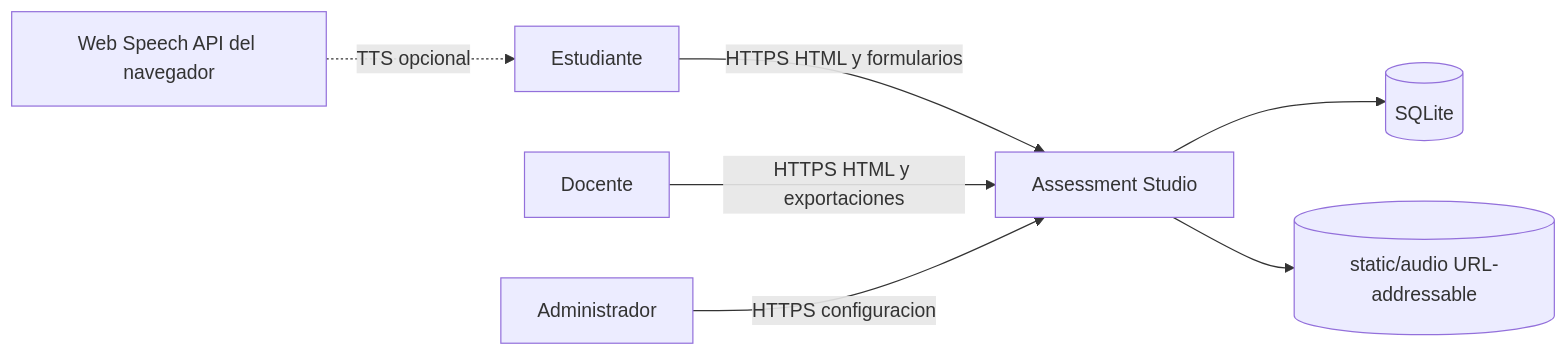
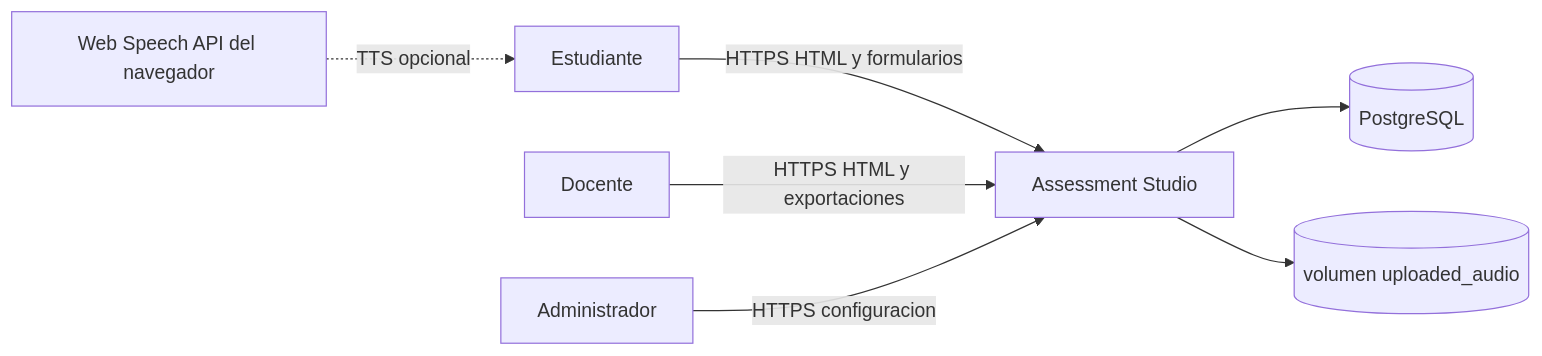
One commit to avismael/AssesStudio changed the first of 4 diagrams in docs/05-architecture.md. Above: the diagram before and after it, drawn with Mermaid. The commit also changed other lines of this file and 56 other files, not shown here.

````diff
--- a/docs/05-architecture.md
+++ b/docs/05-architecture.md
@@ -12,9 +12,9 @@
 ```mermaid
 flowchart LR
     Student[Estudiante] -->|HTTPS HTML y formularios| System[Assessment Studio]
     Teacher[Docente] -->|HTTPS HTML y exportaciones| System
     Admin[Administrador] -->|HTTPS configuracion| System
-    System --> DB[(SQLite)]
-    System --> Audio[(static/audio URL-addressable)]
+    System --> DB[(PostgreSQL)]
+    System --> Audio[(volumen uploaded_audio)]
     Browser[Web Speech API del navegador] -. TTS opcional .-> Student
 ```
````
